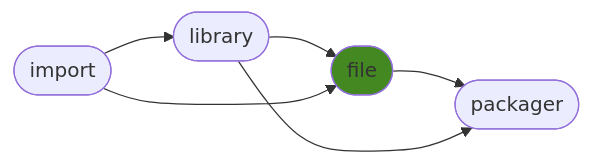
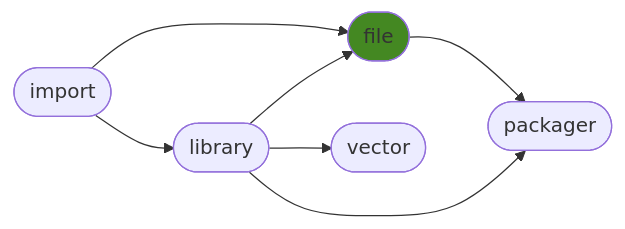
The diagram in README.md (ManderaGeneral/generalfile), drawn with Mermaid before and after one commit. The commit also changed other lines of this file, not shown here.

````diff
--- a/README.md
+++ b/README.md
@@ -24,13 +24,15 @@
 ```mermaid
 flowchart LR
-2([file]) --> 3([packager])
+0([import]) --> 1([library])
+2([file]) --> 4([packager])
+1([library]) --> 3([vector])
+0([import]) --> 2([file])
+1([library]) --> 4([packager])
 1([library]) --> 2([file])
-0([import]) --> 1([library])
-0([import]) --> 2([file])
-1([library]) --> 3([packager])
 click 0 "https://github.com/ManderaGeneral/generalimport"
 click 1 "https://github.com/ManderaGeneral/generallibrary"
 click 2 "https://github.com/ManderaGeneral/generalfile"
-click 3 "https://github.com/ManderaGeneral/generalpackager"
+click 3 "https://github.com/ManderaGeneral/generalvector"
+click 4 "https://github.com/ManderaGeneral/generalpackager"
 style 2 fill:#482
 ```
````
